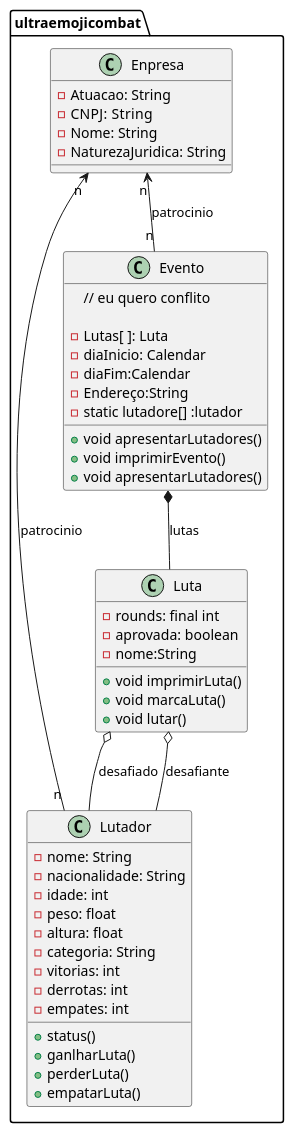
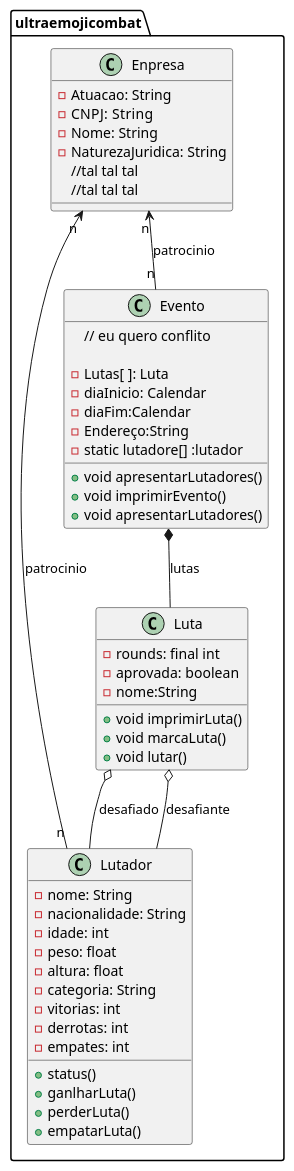
One commit to guisiq/ultraemojicombat changed the diagram in exercicio.wsd. Above: the diagram before and after it, drawn with PlantUML.

Commit message:
comit2.1

```diff
--- a/exercicio.wsd
+++ b/exercicio.wsd
@@ -1,52 +1,54 @@
 @startuml exercicio
 package  ultraemojicombat <<folder>>{
 
     class Lutador{
         - nome: String
         - nacionalidade: String
         - idade: int   
         - peso: float 
         - altura: float 
         - categoria: String
         - vitorias: int   
         - derrotas: int   
         - empates: int   
 
         + status()
         + ganlharLuta()
         + perderLuta()
         + empatarLuta()    
     }
     class Luta{
         - rounds: final int
         - aprovada: boolean
         - nome:String
         + void imprimirLuta()
         + void marcaLuta()
         + void lutar()
     }
     class Enpresa{
         - Atuacao: String
         - CNPJ:  String
         - Nome: String
         - NaturezaJuridica: String
+        //tal tal tal
+        //tal tal tal
     }
     class Evento{
         // eu quero conflito 
         
         - Lutas[ ]: Luta
         - diaInicio: Calendar
         - diaFim:Calendar
         - Endereço:String
         - static lutadore[] :lutador
         + void apresentarLutadores()
         + void imprimirEvento()
         + void apresentarLutadores()
     }
     Evento *-- Luta: lutas
     Luta o-- Lutador: desafiado
     Luta o-- Lutador: desafiante
     Enpresa "n" <-- "n" Lutador :patrocinio
     Enpresa "n" <-- "n" Evento  :patrocinio
 }
 @enduml
```
